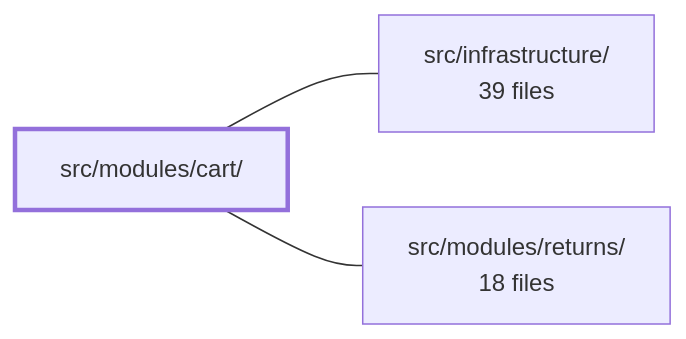
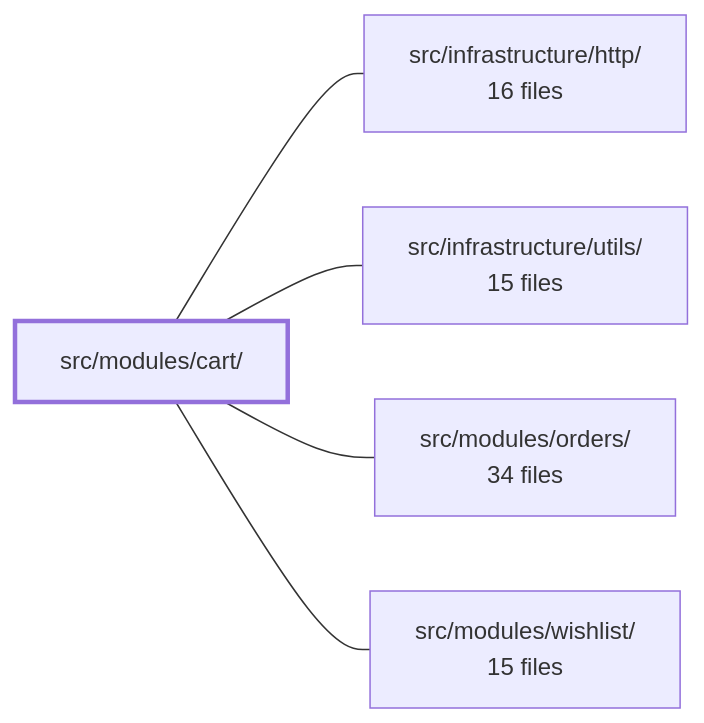
The diagram in .2brain/modules/boilerplate-vue-frontend_src_modules_cart.md (Guebbit/boilerplate-vue-frontend), drawn with Mermaid before and after one commit. The commit also changed other lines of this file and 960 other files, not shown here.

````diff
--- a/.2brain/modules/boilerplate-vue-frontend_src_modules_cart.md
+++ b/.2brain/modules/boilerplate-vue-frontend_src_modules_cart.md
@@ -38,9 +41,13 @@
 ```mermaid
 flowchart LR
     m_src_modules_cart["src/modules/cart/"]
-    m_src_infrastructure["src/infrastructure/<br/>39 files"]
-    m_src_modules_returns["src/modules/returns/<br/>18 files"]
-    m_src_modules_cart --- m_src_infrastructure
-    m_src_modules_cart --- m_src_modules_returns
+    m_src_infrastructure_http["src/infrastructure/http/<br/>16 files"]
+    m_src_infrastructure_utils["src/infrastructure/utils/<br/>15 files"]
+    m_src_modules_orders["src/modules/orders/<br/>34 files"]
+    m_src_modules_wishlist["src/modules/wishlist/<br/>15 files"]
+    m_src_modules_cart --- m_src_infrastructure_http
+    m_src_modules_cart --- m_src_infrastructure_utils
+    m_src_modules_cart --- m_src_modules_orders
+    m_src_modules_cart --- m_src_modules_wishlist
     style m_src_modules_cart stroke-width:3px
 ```
````
